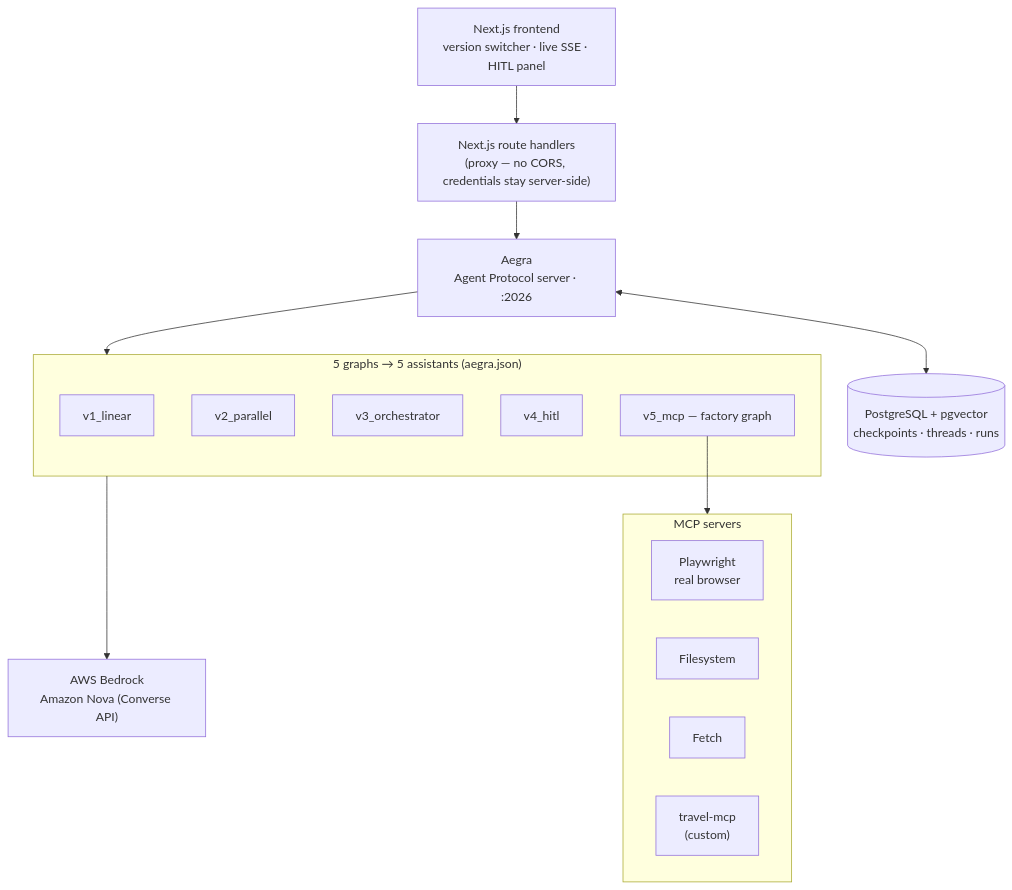
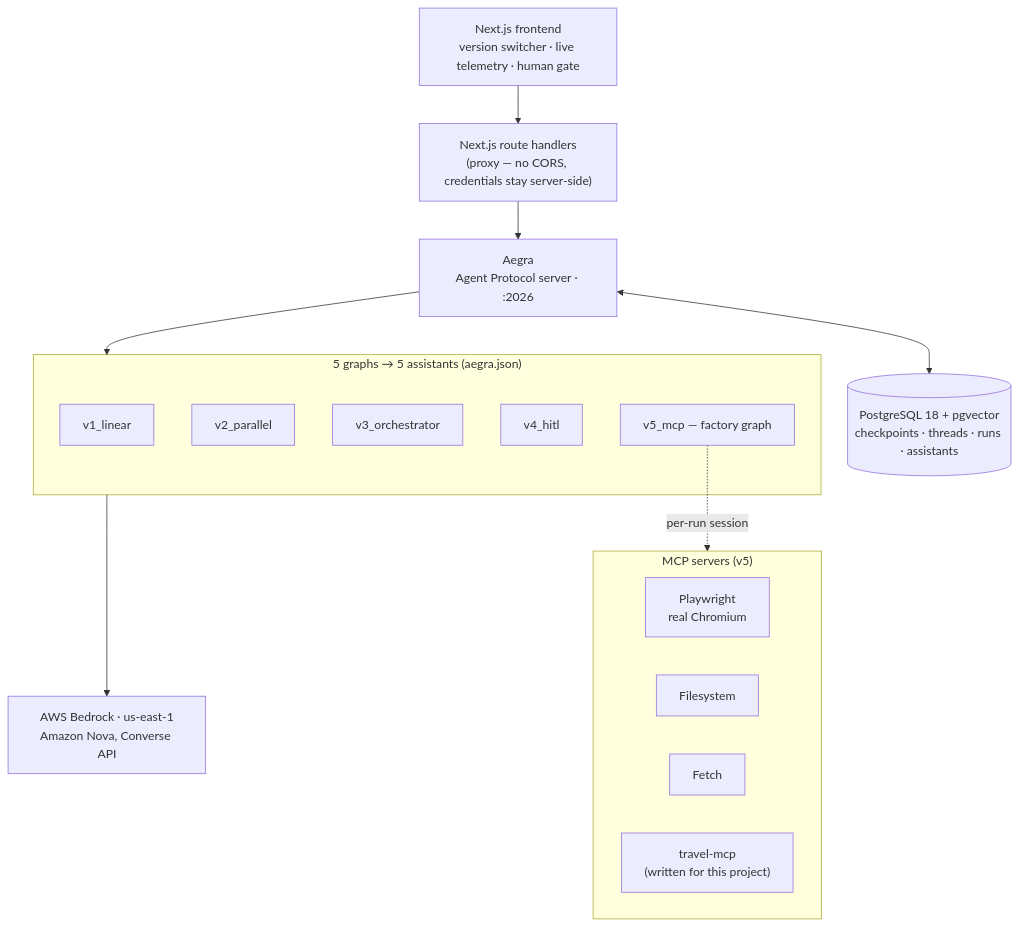
The first of 3 diagrams in README.md (adarshcod30/Travel-Planner-Agent), drawn with Mermaid before and after one commit. The commit also changed other lines of this file and 8 other files, not shown here.

````diff
--- a/README.md
+++ b/README.md
@@ -34,29 +51,29 @@
 ```mermaid
 flowchart TB
-    UI["Next.js frontend<br/>version switcher · live SSE · HITL panel"]
+    UI["Next.js frontend<br/>version switcher · live telemetry · human gate"]
     RH["Next.js route handlers<br/>(proxy — no CORS, credentials stay server-side)"]
     AEGRA["Aegra<br/>Agent Protocol server · :2026"]
-    PG[("PostgreSQL + pgvector<br/>checkpoints · threads · runs")]
-    BR["AWS Bedrock<br/>Amazon Nova (Converse API)"]
+    PG[("PostgreSQL 18 + pgvector<br/>checkpoints · threads · runs · assistants")]
+    BR["AWS Bedrock · us-east-1<br/>Amazon Nova, Converse API"]
 
     subgraph GRAPHS["5 graphs → 5 assistants (aegra.json)"]
         V1["v1_linear"]
         V2["v2_parallel"]
         V3["v3_orchestrator"]
         V4["v4_hitl"]
         V5["v5_mcp — factory graph"]
     end
 
-    subgraph MCP["MCP servers"]
-        PW["Playwright<br/>real browser"]
+    subgraph MCP["MCP servers (v5)"]
+        PW["Playwright<br/>real Chromium"]
         FS["Filesystem"]
         FT["Fetch"]
-        TM["travel-mcp<br/>(custom)"]
+        TM["travel-mcp<br/>(written for this project)"]
     end
 
     UI --> RH --> AEGRA
     AEGRA <--> PG
     AEGRA --> GRAPHS
     GRAPHS --> BR
-    V5 --> MCP
+    V5 -.per-run session.-> MCP
 ```
````
